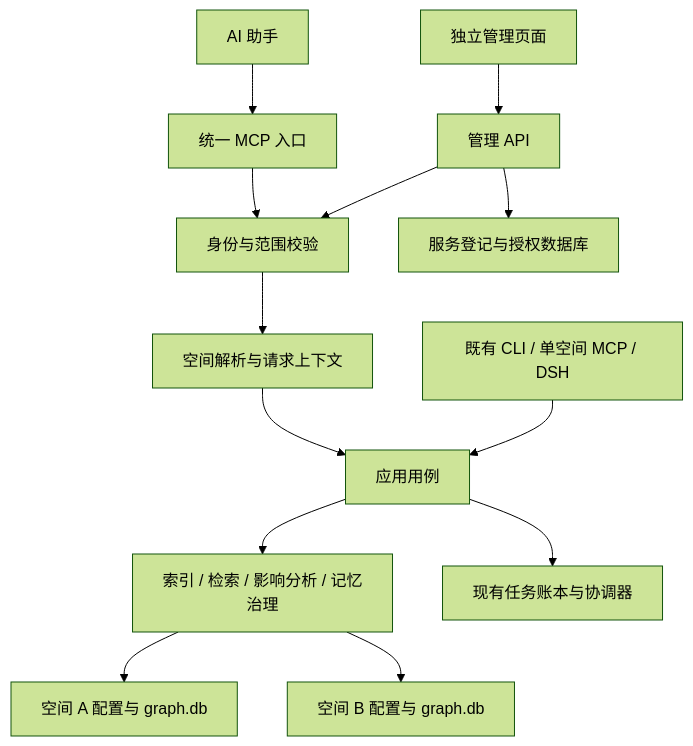
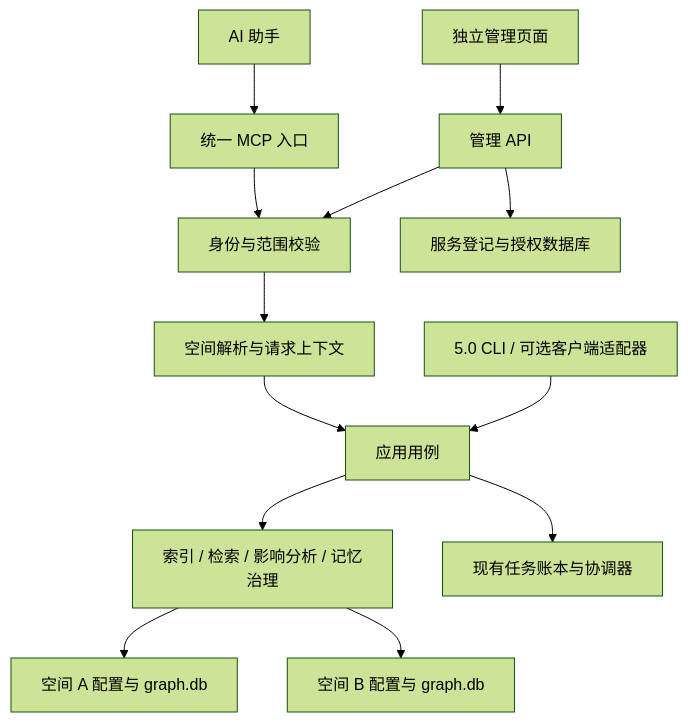
Before and after one commit to fsrmqi/memory-center: the diagram in docs/SERVICE_PLATFORM_TECHNICAL_PLAN.md, drawn with Mermaid (forest theme). The commit also changed other lines of this file and 8 other files, not shown here.

````diff
--- a/docs/SERVICE_PLATFORM_TECHNICAL_PLAN.md
+++ b/docs/SERVICE_PLATFORM_TECHNICAL_PLAN.md
@@ -54,15 +54,15 @@
 ```mermaid
 flowchart TD
     UI[独立管理页面] --> API[管理 API]
     AI[AI 助手] --> MCP[统一 MCP 入口]
-    OLD[既有 CLI / 单空间 MCP / DSH] --> APP[应用用例]
+    CLI[5.0 CLI / 可选客户端适配器] --> APP[应用用例]
     API --> AUTH[身份与范围校验]
     MCP --> AUTH
     AUTH --> ROUTER[空间解析与请求上下文]
     ROUTER --> APP
     APP --> CORE[索引 / 检索 / 影响分析 / 记忆治理]
     CORE --> A[空间 A 配置与 graph.db]
     CORE --> B[空间 B 配置与 graph.db]
     API --> C[服务登记与授权数据库]
     APP --> JOB[现有任务账本与协调器]
 ```
````
